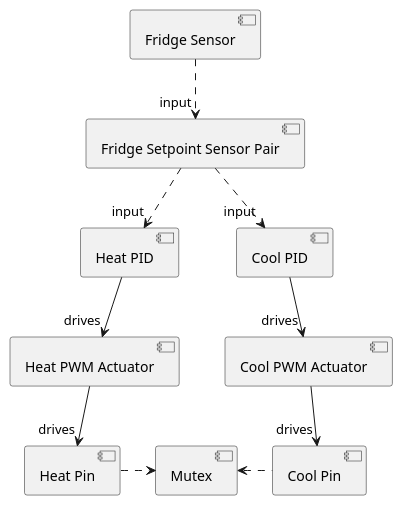
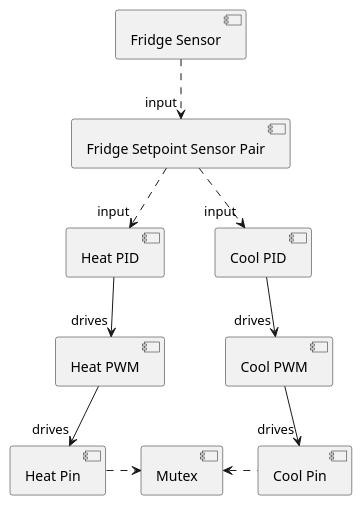
Before and after one commit to BrewBlox/brewblox-documentation: the diagram in docs/uml/fridge_chain.puml, drawn with PlantUML. The commit also changed 4 other files, not shown here.

```diff
--- a/docs/uml/fridge_chain.puml
+++ b/docs/uml/fridge_chain.puml
@@ -1,27 +1,27 @@
 @startuml Fridge Control Chain
 component heat_PID as "Heat PID"
-component heat_PWM as "Heat PWM Actuator"
+component heat_PWM as "Heat PWM"
 component heat_Pin as "Heat Pin"
 
 component cool_PID as "Cool PID"
-component cool_PWM as "Cool PWM Actuator"
+component cool_PWM as "Cool PWM"
 component cool_Pin as "Cool Pin"
 
 component fridge_SSP as "Fridge Setpoint Sensor Pair"
 component fridge_Sensor as "Fridge Sensor"
 
 component Mutex
 
 fridge_Sensor .down.> "input" fridge_SSP
 fridge_SSP .down.> "input" heat_PID
 fridge_SSP .down.> "input" cool_PID
 
 heat_PID -down-> "drives" heat_PWM
 heat_PWM -down-> "drives" heat_Pin
 heat_Pin .right.> Mutex
 
 cool_PID -down-> "drives" cool_PWM
 cool_PWM -down-> "drives" cool_Pin
 cool_Pin .left.> Mutex
 
 @enduml
```
